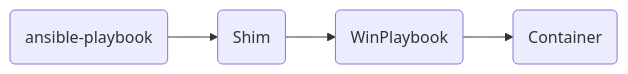
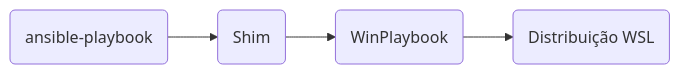
One commit to LeonardoSextare/WinPlaybook changed the first of 3 diagrams in docs/pt-br/how-it-works.md. Above: the diagram before and after it, drawn with Mermaid. The commit also changed other lines of this file and 1 other file, not shown here.

Commit message:
docs: explica como o WinPlaybook funciona com o WSL

````diff
--- a/docs/pt-br/how-it-works.md
+++ b/docs/pt-br/how-it-works.md
@@ -8,4 +8,4 @@
 ```mermaid
 flowchart LR
-    command("ansible-playbook") --> shim("Shim") --> module("WinPlaybook") --> container("Container")
+    command("ansible-playbook") --> shim("Shim") --> module("WinPlaybook") --> distro("Distribuição WSL")
 ```
````
